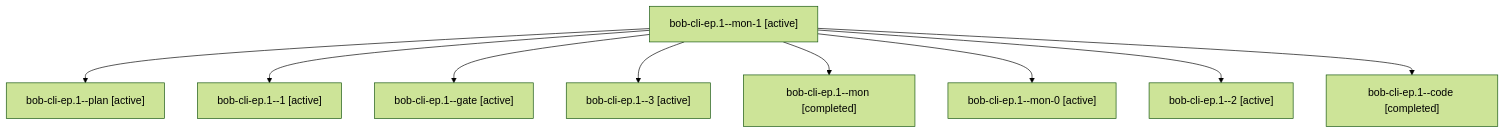
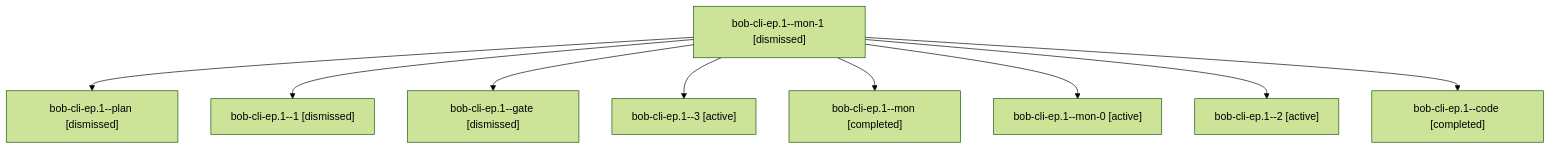
One commit to bobs-org/bob-cli--agents changed the diagram in sessions/bbugyi200.apollo.bob-cli-ep.1.md. Above: the diagram before and after it, drawn with Mermaid (forest theme). The commit also changed other lines of this file and 256 other files, not shown here.

````diff
--- a/sessions/bbugyi200.apollo.bob-cli-ep.1.md
+++ b/sessions/bbugyi200.apollo.bob-cli-ep.1.md
@@ -9,20 +9,20 @@
 ```mermaid
 flowchart TD
-  n0["bob-cli-ep.1--mon-1 [active]"]
-  n1["bob-cli-ep.1--plan [active]"]
+  n0["bob-cli-ep.1--mon-1 [dismissed]"]
+  n1["bob-cli-ep.1--plan [dismissed]"]
   n0 --> n1
-  n2["bob-cli-ep.1--1 [active]"]
+  n2["bob-cli-ep.1--1 [dismissed]"]
   n0 --> n2
-  n3["bob-cli-ep.1--gate [active]"]
+  n3["bob-cli-ep.1--gate [dismissed]"]
   n0 --> n3
   n4["bob-cli-ep.1--3 [active]"]
   n0 --> n4
   n5["bob-cli-ep.1--mon [completed]"]
   n0 --> n5
   n6["bob-cli-ep.1--mon-0 [active]"]
   n0 --> n6
   n7["bob-cli-ep.1--2 [active]"]
   n0 --> n7
   n8["bob-cli-ep.1--code [completed]"]
   n0 --> n8
 ```
````
